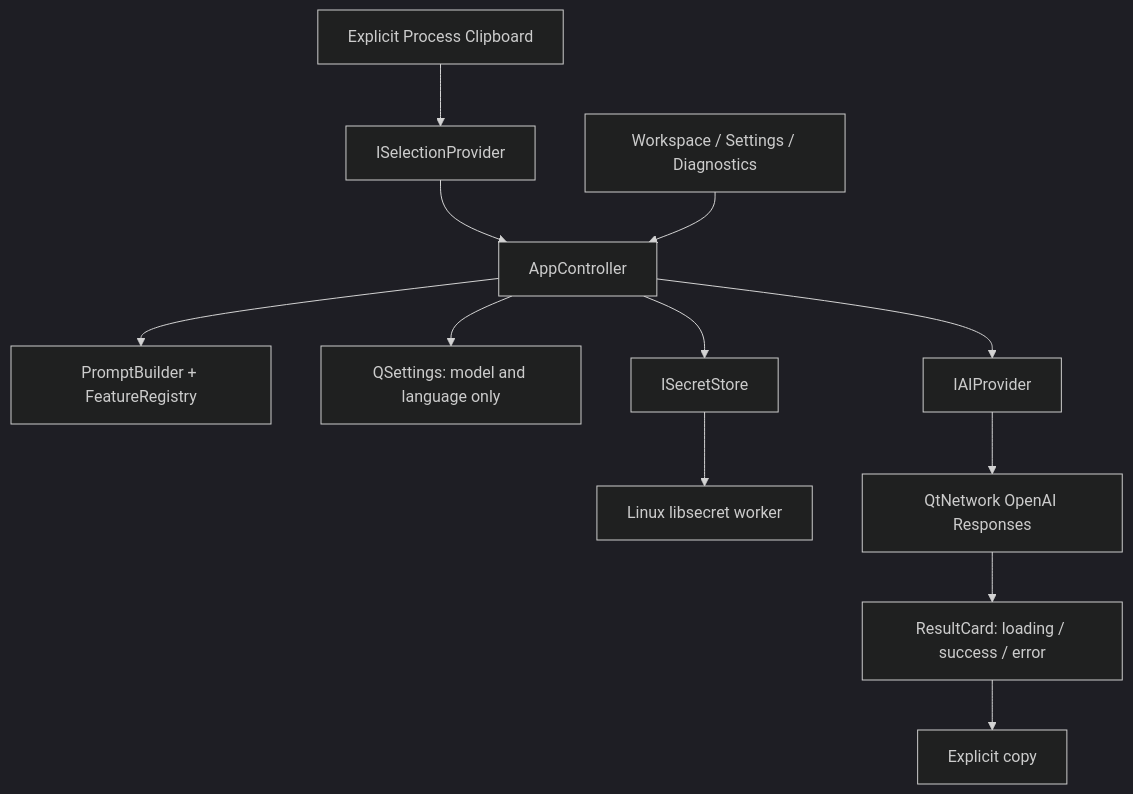
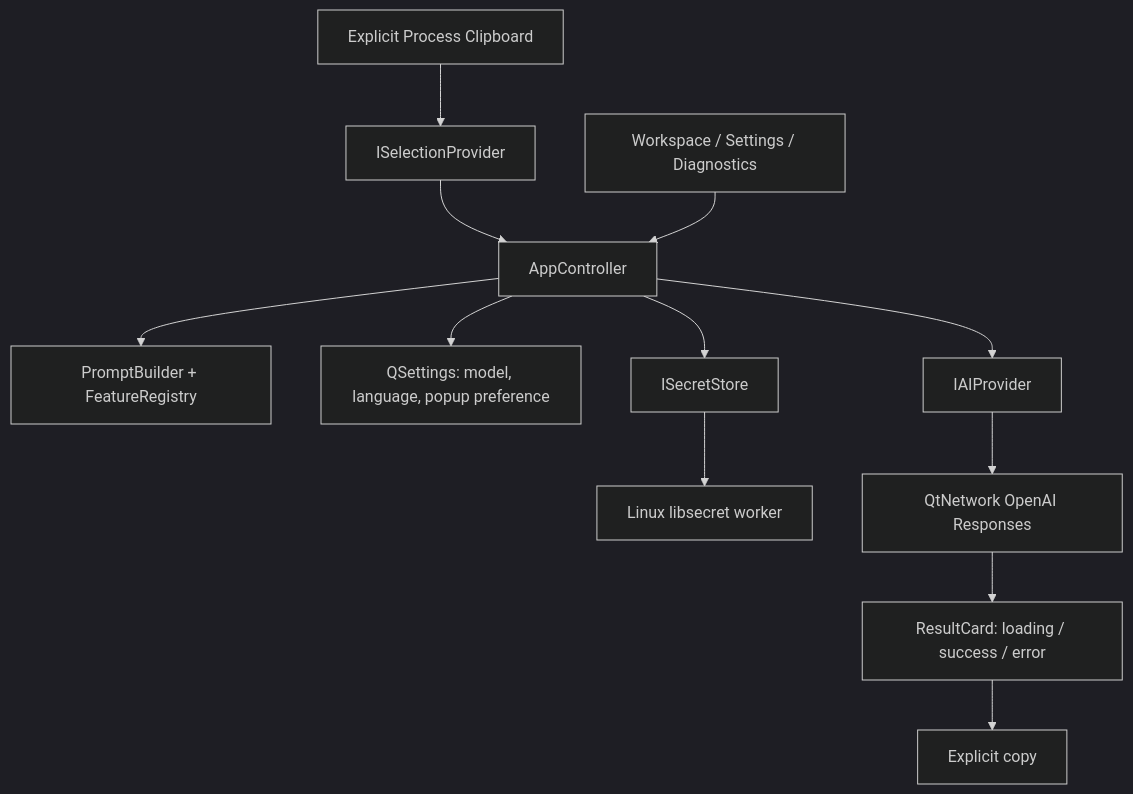
The first of 2 diagrams in docs/architecture.md (wzk111/leadership-dandang-win-linux), drawn with Mermaid (dark theme) before and after one commit. The commit also changed other lines of this file and 6 other files, not shown here.

````diff
--- a/docs/architecture.md
+++ b/docs/architecture.md
@@ -3,14 +3,14 @@
 ```mermaid
 flowchart TD
   Clipboard[Explicit Process Clipboard] --> Selection[ISelectionProvider]
   Selection --> Controller[AppController]
   Workspace[Workspace / Settings / Diagnostics] --> Controller
   Controller --> Prompts[PromptBuilder + FeatureRegistry]
-  Controller --> Settings[QSettings: model and language only]
+  Controller --> Settings[QSettings: model, language, popup preference]
   Controller --> Secrets[ISecretStore]
   Secrets --> Linux[Linux libsecret worker]
   Controller --> AI[IAIProvider]
   AI --> OpenAI[QtNetwork OpenAI Responses]
   OpenAI --> Result[ResultCard: loading / success / error]
   Result --> Copy[Explicit copy]
 ```
````
